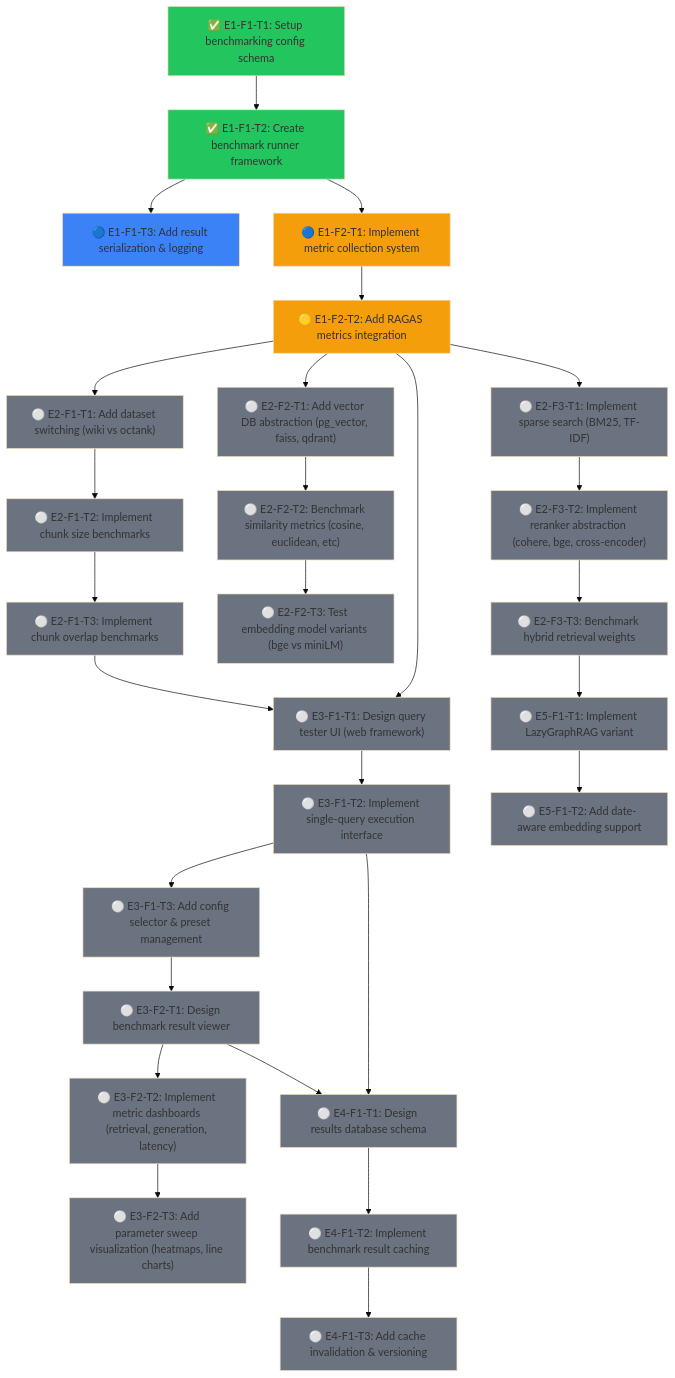
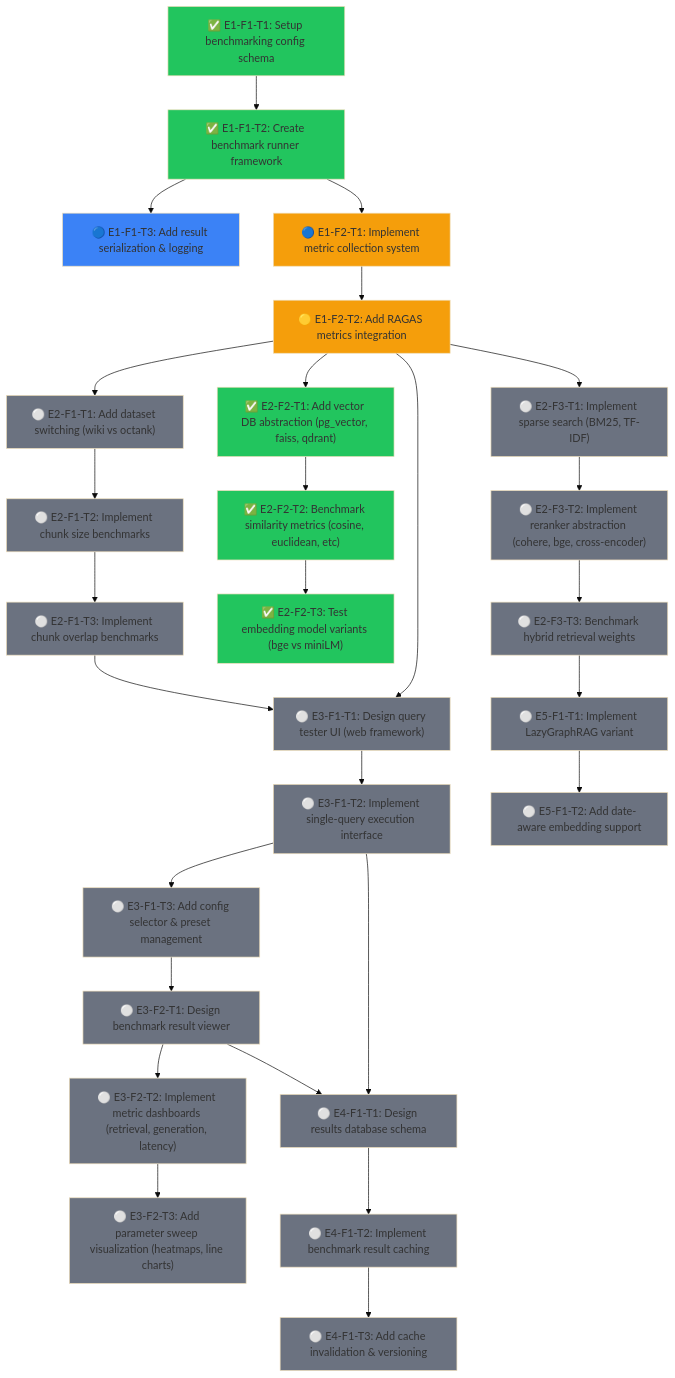
Before and after one commit to Vutiot/EvenementsRAG: the diagram in ROADMAP.md, drawn with Mermaid (base theme). The commit also changed other lines of this file and 30 other files, not shown here.

First line of the commit message:
E2-F2-T1/T2/T3: vector DB abstraction, distance metrics, embedding model sweep

```diff
--- a/ROADMAP.md
+++ b/ROADMAP.md
@@ -23,9 +23,9 @@
   E2F1T2["⚪ E2-F1-T2: Implement chunk size benchmarks"]
   E2F1T3["⚪ E2-F1-T3: Implement chunk overlap benchmarks"]
 
-  E2F2T1["⚪ E2-F2-T1: Add vector DB abstraction (pg_vector, faiss, qdrant)"]
-  E2F2T2["⚪ E2-F2-T2: Benchmark similarity metrics (cosine, euclidean, etc)"]
-  E2F2T3["⚪ E2-F2-T3: Test embedding model variants (bge vs miniLM)"]
+  E2F2T1["✅ E2-F2-T1: Add vector DB abstraction (pg_vector, faiss, qdrant)"]
+  E2F2T2["✅ E2-F2-T2: Benchmark similarity metrics (cosine, euclidean, etc)"]
+  E2F2T3["✅ E2-F2-T3: Test embedding model variants (bge vs miniLM)"]
 
   E2F3T1["⚪ E2-F3-T1: Implement sparse search (BM25, TF-IDF)"]
   E2F3T2["⚪ E2-F3-T2: Implement reranker abstraction (cohere, bge, cross-encoder)"]
@@ -85,9 +85,9 @@
   style E2F1T1 fill:#6b7280
   style E2F1T2 fill:#6b7280
   style E2F1T3 fill:#6b7280
-  style E2F2T1 fill:#6b7280
-  style E2F2T2 fill:#6b7280
-  style E2F2T3 fill:#6b7280
+  style E2F2T1 fill:#22c55e
+  style E2F2T2 fill:#22c55e
+  style E2F2T3 fill:#22c55e
   style E2F3T1 fill:#6b7280
   style E2F3T2 fill:#6b7280
   style E2F3T3 fill:#6b7280
```
